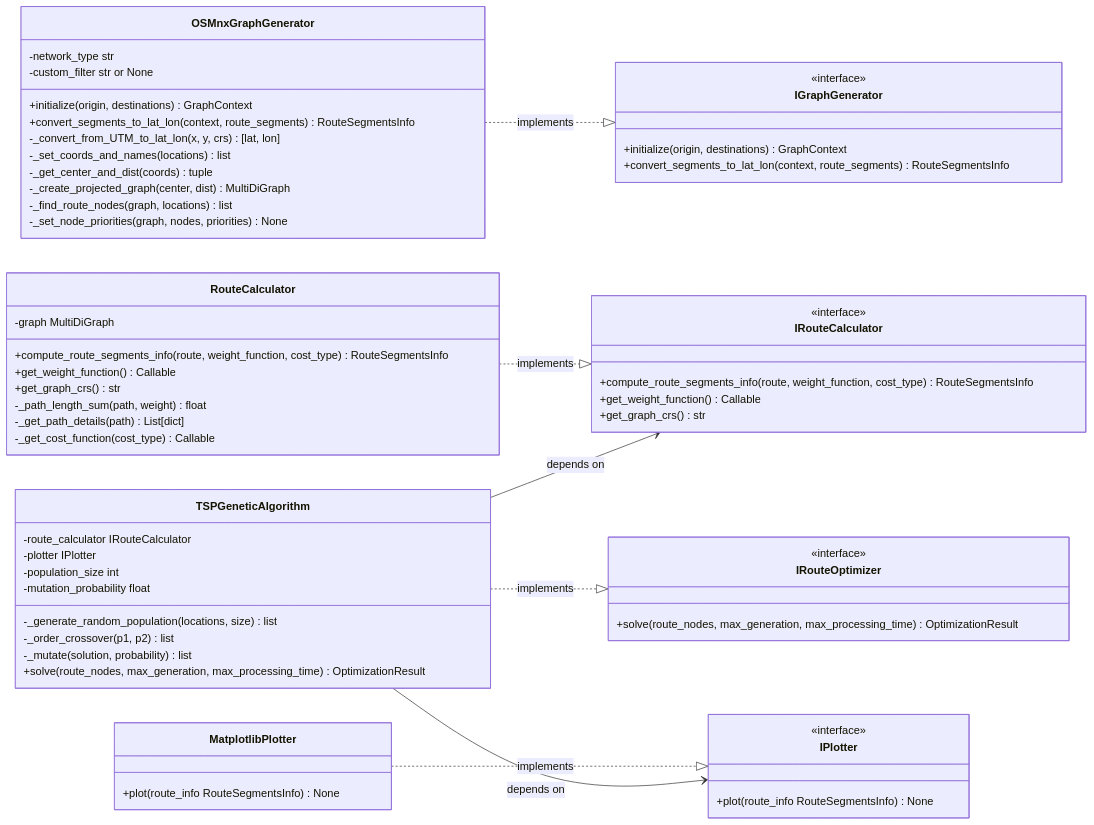
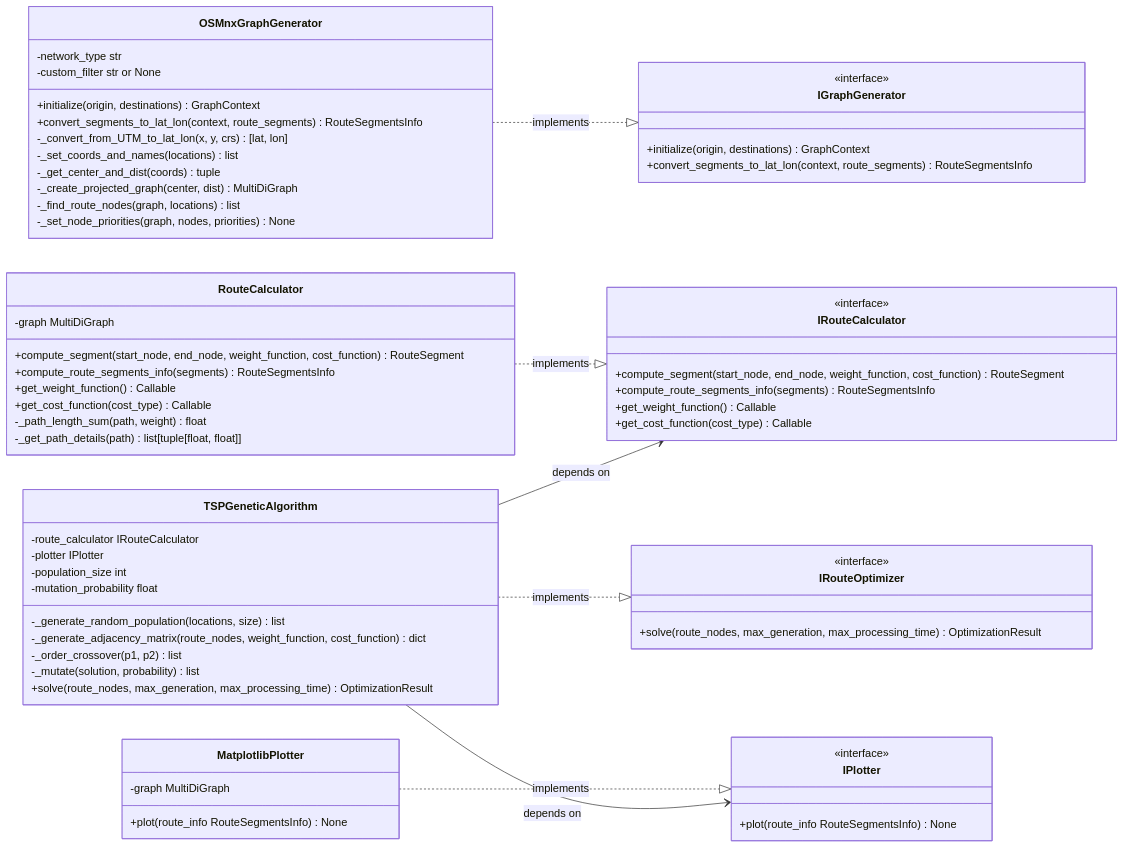
Before and after one commit to luizaaca/api_best_route: the second of 3 diagrams in architecture.md, drawn with Mermaid. The commit also changed other lines of this file and 13 other files, not shown here.

Commit message:
feat: Refactor route optimization service to support plotter injection, enhance route segment handling, and improve route calculation logic

````diff
--- a/architecture.md
+++ b/architecture.md
@@ -180,73 +195,76 @@
 ```mermaid
 classDiagram
     direction LR
 
     class IGraphGenerator {
         <<interface>>
         +initialize(origin, destinations) GraphContext
         +convert_segments_to_lat_lon(context, route_segments) RouteSegmentsInfo
     }
 
     class IRouteCalculator {
         <<interface>>
-        +compute_route_segments_info(route, weight_function, cost_type) RouteSegmentsInfo
+        +compute_segment(start_node, end_node, weight_function, cost_function) RouteSegment
+        +compute_route_segments_info(segments) RouteSegmentsInfo
         +get_weight_function() Callable
-        +get_graph_crs() str
+        +get_cost_function(cost_type) Callable
     }
 
     class IRouteOptimizer {
         <<interface>>
         +solve(route_nodes, max_generation, max_processing_time) OptimizationResult
     }
 
     class IPlotter {
         <<interface>>
         +plot(route_info RouteSegmentsInfo) None
     }
 
     class OSMnxGraphGenerator {
         -network_type str
         -custom_filter str or None
         +initialize(origin, destinations) GraphContext
         +convert_segments_to_lat_lon(context, route_segments) RouteSegmentsInfo
         -_convert_from_UTM_to_lat_lon(x, y, crs) [lat, lon]
         -_set_coords_and_names(locations) list
         -_get_center_and_dist(coords) tuple
         -_create_projected_graph(center, dist) MultiDiGraph
         -_find_route_nodes(graph, locations) list
         -_set_node_priorities(graph, nodes, priorities) None
     }
 
     class RouteCalculator {
         -graph MultiDiGraph
-        +compute_route_segments_info(route, weight_function, cost_type) RouteSegmentsInfo
+        +compute_segment(start_node, end_node, weight_function, cost_function) RouteSegment
+        +compute_route_segments_info(segments) RouteSegmentsInfo
         +get_weight_function() Callable
-        +get_graph_crs() str
+        +get_cost_function(cost_type) Callable
         -_path_length_sum(path, weight) float
-        -_get_path_details(path) List[dict]
-        -_get_cost_function(cost_type) Callable
+        -_get_path_details(path) list[tuple[float, float]]
     }
 
     class TSPGeneticAlgorithm {
         -route_calculator IRouteCalculator
         -plotter IPlotter           
         -population_size int
         -mutation_probability float
         -_generate_random_population(locations, size) list
+        -_generate_adjacency_matrix(route_nodes, weight_function, cost_function) dict
         -_order_crossover(p1, p2) list
         -_mutate(solution, probability) list
         +solve(route_nodes, max_generation, max_processing_time) OptimizationResult
     }
 
     class MatplotlibPlotter {
+        -graph MultiDiGraph
         +plot(route_info RouteSegmentsInfo) None
     }
 
     OSMnxGraphGenerator ..|> IGraphGenerator : implements
     RouteCalculator ..|> IRouteCalculator : implements
     TSPGeneticAlgorithm ..|> IRouteOptimizer : implements
     MatplotlibPlotter ..|> IPlotter : implements
 
     TSPGeneticAlgorithm --> IRouteCalculator : depends on
     TSPGeneticAlgorithm --> IPlotter : depends on
 ```
````
